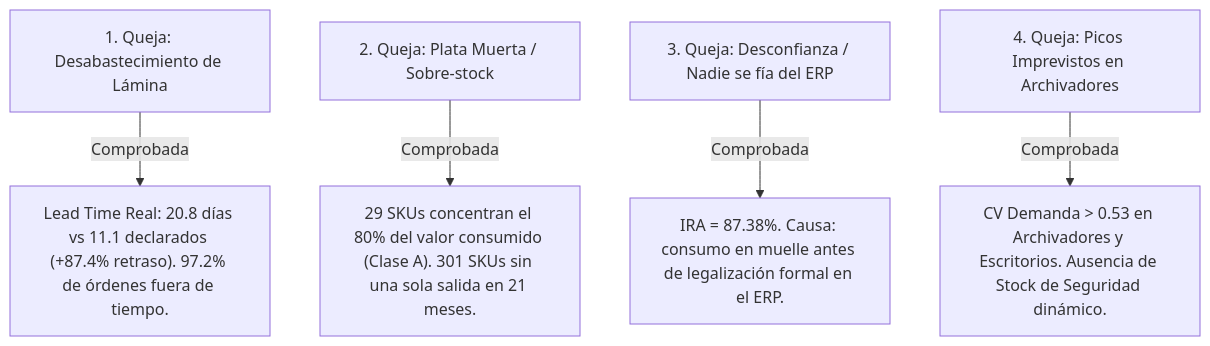
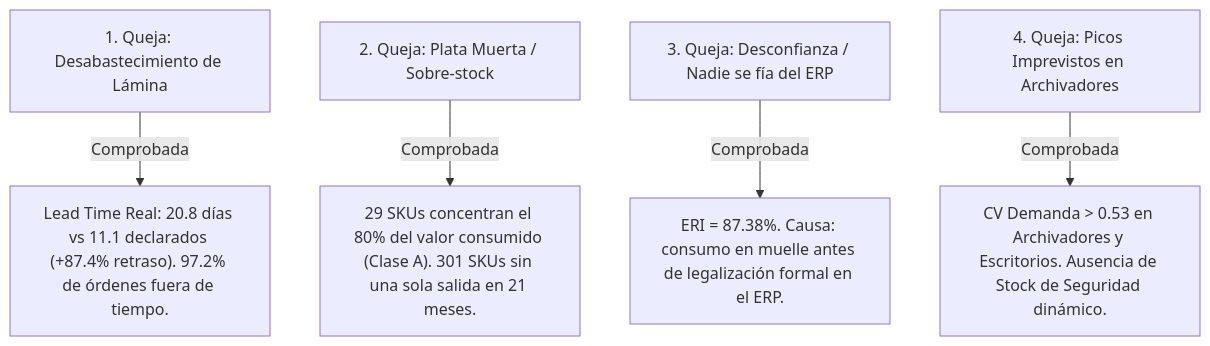
Before and after one commit to juliancarmotrice-star/E2: the third of 3 diagrams in informes/DIAGNOSTICO_BASE_DE_DATOS_SUPABASE.md, drawn with Mermaid. The commit also changed other lines of this file and 15 other files, not shown here.

Commit message:
docs: harmonize SLA and ERI terminology across all reports and align architecture section 6 baseline figures

````diff
--- a/informes/DIAGNOSTICO_BASE_DE_DATOS_SUPABASE.md
+++ b/informes/DIAGNOSTICO_BASE_DE_DATOS_SUPABASE.md
@@ -262,7 +262,7 @@
 ```mermaid
 graph TD
     Q1["1. Queja: Desabastecimiento de Lámina"] -->|Comprobada| E1["Lead Time Real: 20.8 días vs 11.1 declarados (+87.4% retraso). 97.2% de órdenes fuera de tiempo."]
     Q2["2. Queja: Plata Muerta / Sobre-stock"] -->|Comprobada| E2["29 SKUs concentran el 80% del valor consumido (Clase A). 301 SKUs sin una sola salida en 21 meses."]
-    Q3["3. Queja: Desconfianza / Nadie se fía del ERP"] -->|Comprobada| E3["IRA = 87.38%. Causa: consumo en muelle antes de legalización formal en el ERP."]
+    Q3["3. Queja: Desconfianza / Nadie se fía del ERP"] -->|Comprobada| E3["ERI = 87.38%. Causa: consumo en muelle antes de legalización formal en el ERP."]
     Q4["4. Queja: Picos Imprevistos en Archivadores"] -->|Comprobada| E4["CV Demanda > 0.53 en Archivadores y Escritorios. Ausencia de Stock de Seguridad dinámico."]
 ```
````
